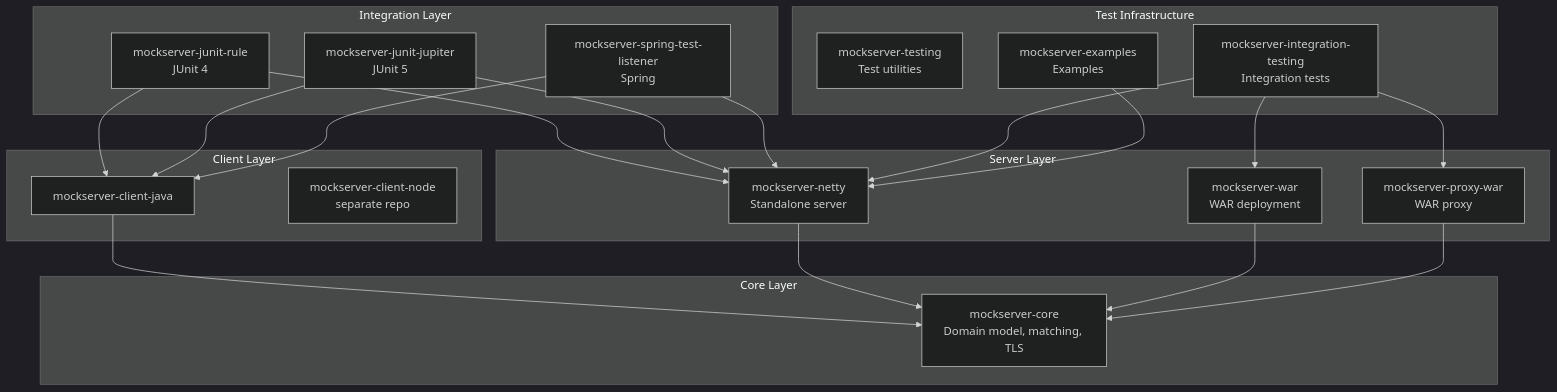
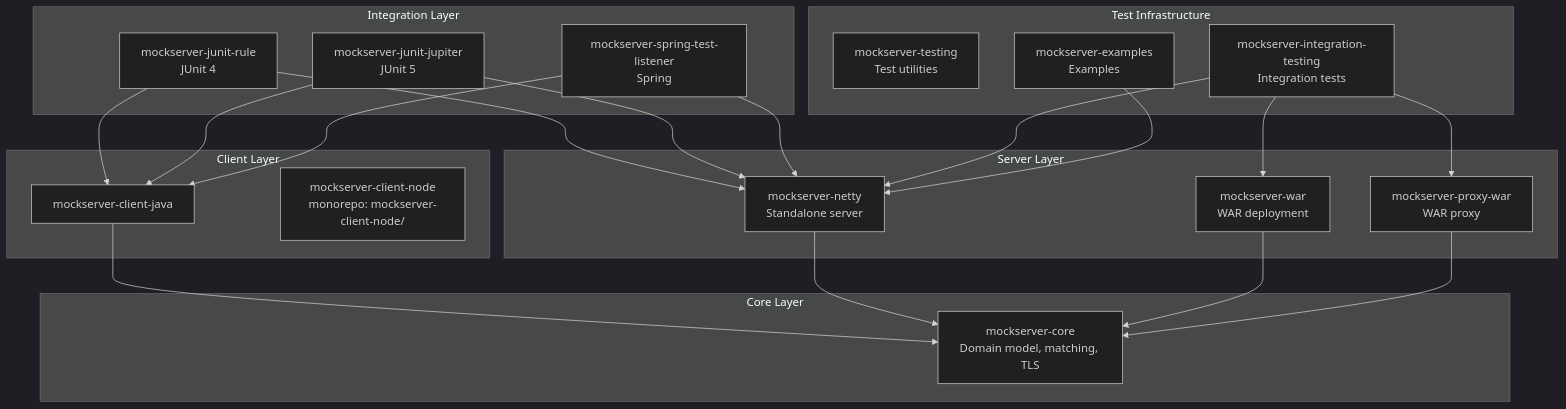
The first of 2 diagrams in docs/architecture.md (mock-server/mockserver), drawn with Mermaid (dark theme) before and after one commit. The commit also changed 57 other files, not shown here.

First line of the commit message:
monorepo CI: separate pipelines per folder, Docker containers for builds, snapshot deploy and :latest push on master

````diff
--- a/docs/architecture.md
+++ b/docs/architecture.md
@@ -9,55 +9,55 @@
 ```mermaid
 graph TB
     subgraph "Client Layer"
         JC[mockserver-client-java]
         NC["mockserver-client-node
-separate repo"]
+monorepo: mockserver-client-node/"]
     end
 
     subgraph "Server Layer"
         MN["mockserver-netty
 Standalone server"]
         MW["mockserver-war
 WAR deployment"]
         MPW["mockserver-proxy-war
 WAR proxy"]
     end
 
     subgraph "Integration Layer"
         JR["mockserver-junit-rule
 JUnit 4"]
         JJ["mockserver-junit-jupiter
 JUnit 5"]
         STL["mockserver-spring-test-listener
 Spring"]
     end
 
     subgraph "Core Layer"
         MC["mockserver-core
 Domain model, matching, TLS"]
     end
 
     subgraph "Test Infrastructure"
         MT["mockserver-testing
 Test utilities"]
         MIT["mockserver-integration-testing
 Integration tests"]
         ME["mockserver-examples
 Examples"]
     end
 
     JC --> MC
     MN --> MC
     MW --> MC
     MPW --> MC
     JR --> MN
     JR --> JC
     JJ --> MN
     JJ --> JC
     STL --> MN
     STL --> JC
     MIT --> MN
     MIT --> MW
     MIT --> MPW
     ME --> MN
 ```
````
